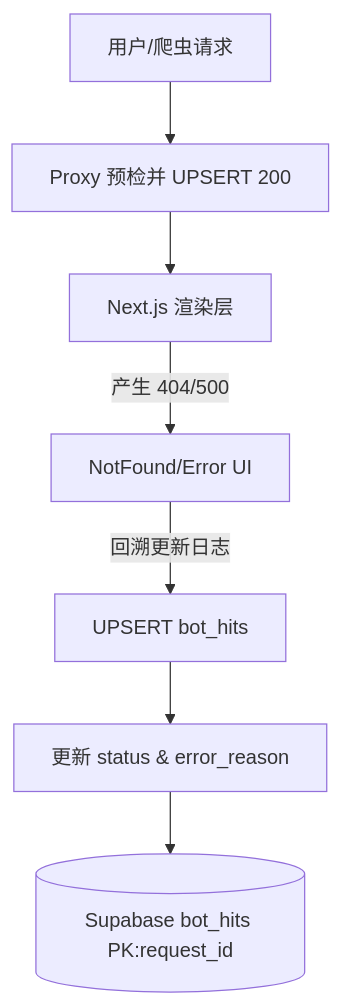
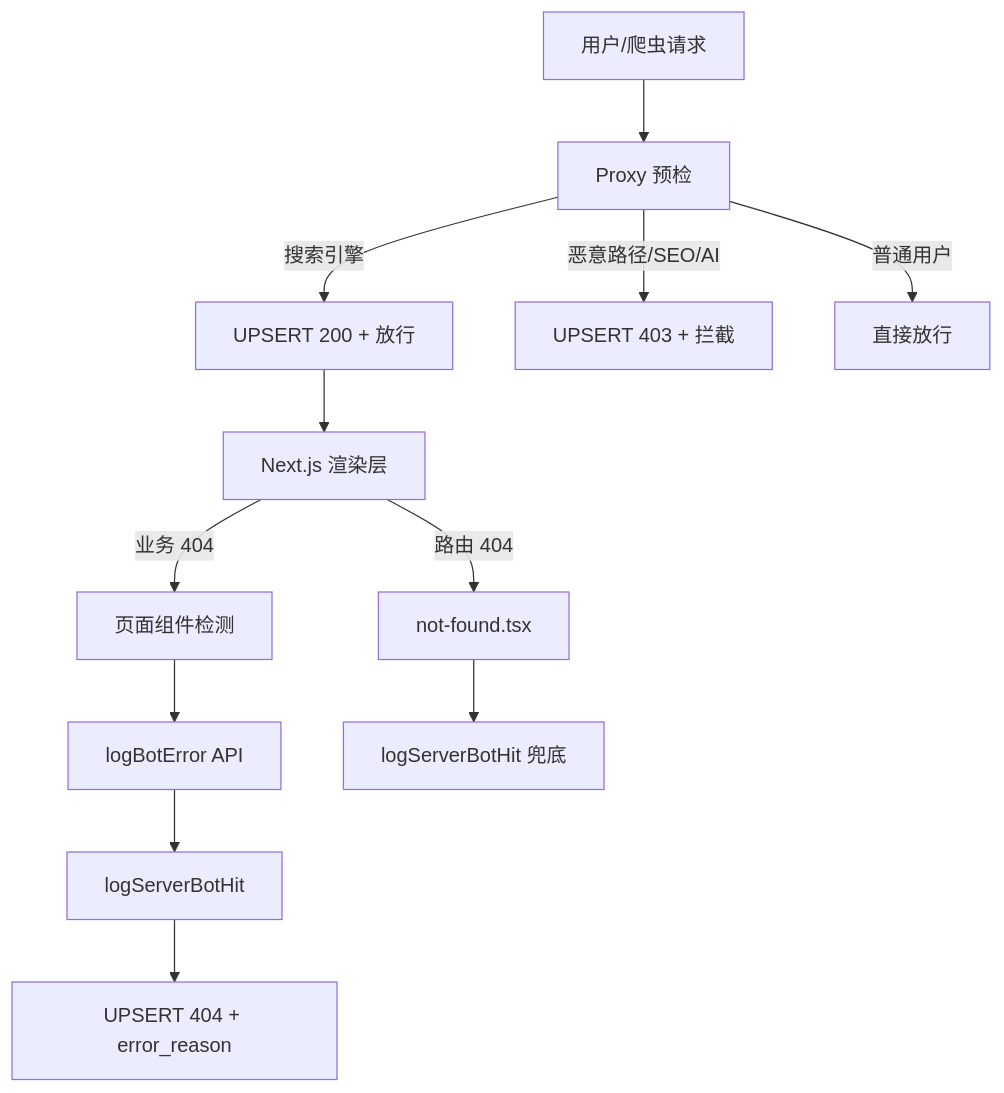
Before and after one commit to Aloklok/rss-daily: the diagram in src/domains/security/SECURITY.md, drawn with Mermaid. The commit also changed other lines of this file and 9 other files, not shown here.

````diff
--- a/src/domains/security/SECURITY.md
+++ b/src/domains/security/SECURITY.md
@@ -62,9 +82,14 @@
 ```mermaid
 graph TD
-    A[用户/爬虫请求] --> B[Proxy 预检并 UPSERT 200]
-    B --> C[Next.js 渲染层]
-    C -- 产生 404/500 --> D[NotFound/Error UI]
-    D -- 回溯更新日志 --> E[UPSERT bot_hits]
-    E --> F[更新 status & error_reason]
-    F --> G[(Supabase bot_hits PK:request_id)]
+    A[用户/爬虫请求] --> B[Proxy 预检]
+    B -->|搜索引擎| C[UPSERT 200 + 放行]
+    B -->|恶意路径/SEO/AI| D[UPSERT 403 + 拦截]
+    B -->|普通用户| E[直接放行]
+    C --> F[Next.js 渲染层]
+    F -->|业务 404| G[页面组件检测]
+    G --> H[logBotError API]
+    H --> I[logServerBotHit]
+    I --> J[UPSERT 404 + error_reason]
+    F -->|路由 404| K[not-found.tsx]
+    K --> L[logServerBotHit 兜底]
 ```
````
